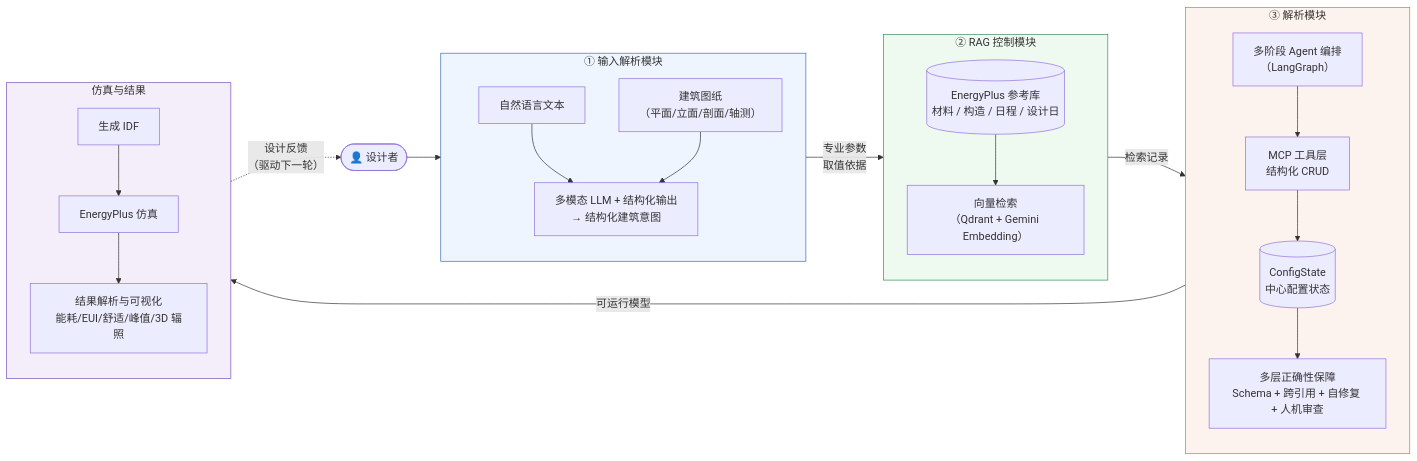
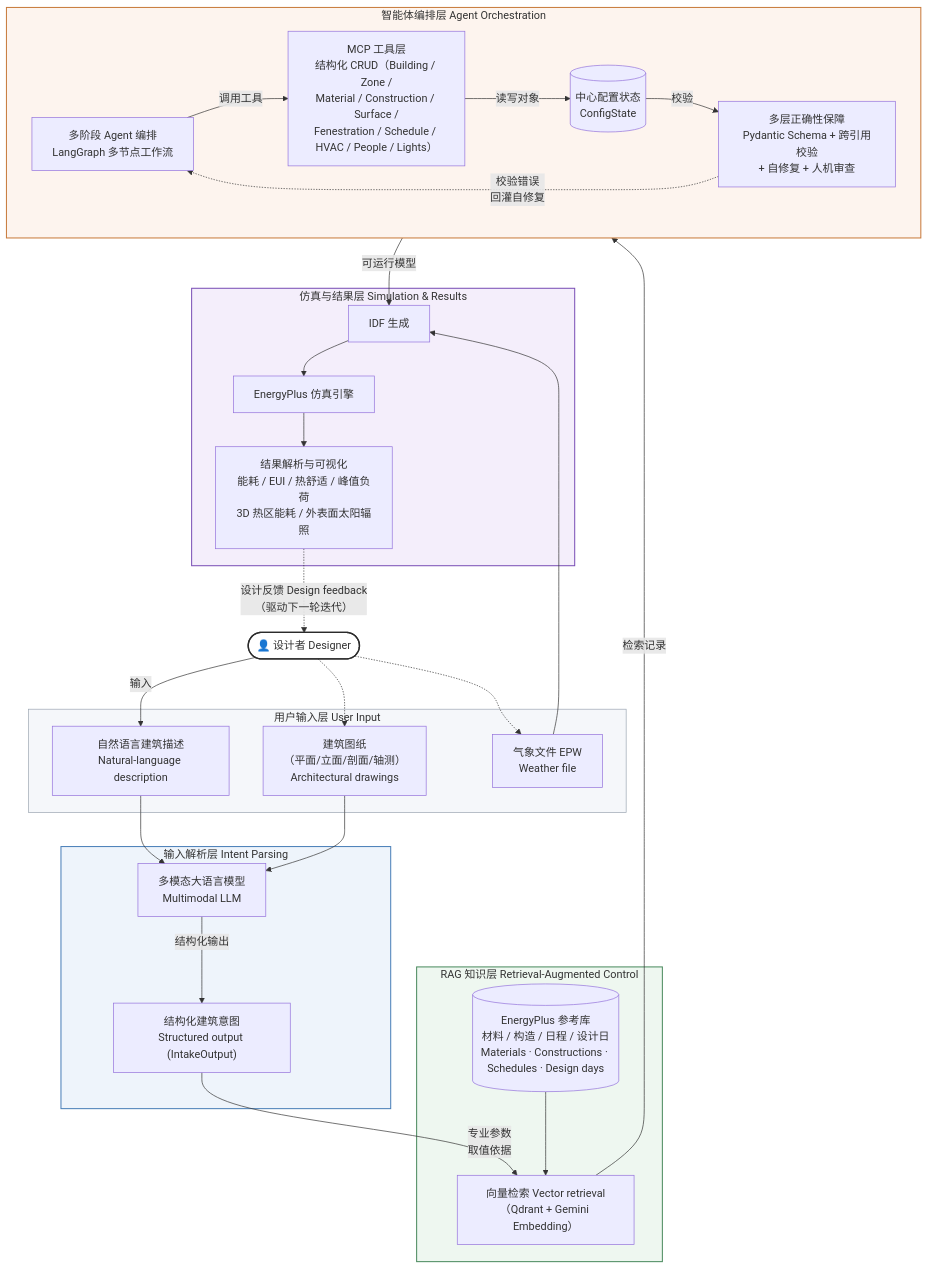
Before and after one commit to Zh-U-hB/EnergyPlus-Agent-1: the first of 2 diagrams in paper/EnergyPlus-Agent_论文主文档.md, drawn with Mermaid. The commit also changed other lines of this file, not shown here.

Commit message:
docs(paper): redesign Figure 1 as layered academic architecture
Rebuild the overall-architecture diagram in the layered style of the
reference figure (top-to-bottom full-width bands with soft fills, header
labels, labeled solid main-flow arrows + dashed feedback loops, a distinct
designer node). Replaces the old left-to-right four-module layout.

Layers: Designer -> L1 User Input (text/drawings/EPW) -> L2 Intent Parsing
(multimodal LLM + IntakeOutput) -> L3 RAG Control (reference library +
vector retrieval) -> L4 Agent Orchestration (LangGraph + MCP tool layer +
ConfigState + multi-layer validation) -> L5 Simulation & Results (IDF ->
EnergyPlus -> result parsing). Dashed feedback returns results to the
designer and routes validation errors back for self-repair.

````diff
--- a/paper/EnergyPlus-Agent_论文主文档.md
+++ b/paper/EnergyPlus-Agent_论文主文档.md
@@ -105,46 +105,69 @@
 ```mermaid
-flowchart LR
-    subgraph IN ["① 输入解析模块"]
-        direction TB
-        TXT["自然语言文本"]
-        IMG["建筑图纸<br/>（平面/立面/剖面/轴测）"]
-        INT["多模态 LLM + 结构化输出<br/>→ 结构化建筑意图"]
-        TXT --> INT
-        IMG --> INT
+flowchart TB
+    %% ============ 顶层：设计者 ============
+    DES(["👤 设计者 Designer"])
+
+    %% ============ L1 用户输入层 ============
+    subgraph L1 ["用户输入层  User Input"]
+        TXT["自然语言建筑描述<br/>Natural-language description"]
+        IMG["建筑图纸<br/>（平面/立面/剖面/轴测）<br/>Architectural drawings"]
+        EPW["气象文件 EPW<br/>Weather file"]
     end
 
-    subgraph RAG ["② RAG 控制模块"]
-        direction TB
-        REF[("EnergyPlus 参考库<br/>材料 / 构造 / 日程 / 设计日")]
-        SRCH["向量检索<br/>（Qdrant + Gemini Embedding）"]
+    %% ============ L2 输入解析层 ============
+    subgraph L2 ["输入解析层  Intent Parsing"]
+        INT["多模态大语言模型<br/>Multimodal LLM"]
+        IO["结构化建筑意图<br/>Structured output (IntakeOutput)"]
+        INT -->|"结构化输出"| IO
+    end
+
+    %% ============ L3 RAG 知识层 ============
+    subgraph L3 ["RAG 知识层  Retrieval-Augmented Control"]
+        REF[("EnergyPlus 参考库<br/>材料 / 构造 / 日程 / 设计日<br/>Materials · Constructions · Schedules · Design days")]
+        SRCH["向量检索 Vector retrieval<br/>（Qdrant + Gemini Embedding）"]
         REF --> SRCH
     end
 
-    subgraph PARSE ["③ 解析模块"]
-        direction TB
-        WF["多阶段 Agent 编排<br/>（LangGraph）"]
-        MCP["MCP 工具层<br/>结构化 CRUD"]
-        CS[("ConfigState<br/>中心配置状态")]
-        VAL["多层正确性保障<br/>Schema + 跨引用 + 自修复 + 人机审查"]
-        WF --> MCP --> CS --> VAL
+    %% ============ L4 智能体编排层 ============
+    subgraph L4 ["智能体编排层  Agent Orchestration"]
+        direction LR
+        WF["多阶段 Agent 编排<br/>LangGraph 多节点工作流"]
+        MCP["MCP 工具层<br/>结构化 CRUD（Building / Zone /<br/>Material / Construction / Surface /<br/>Fenestration / Schedule / HVAC / People / Lights）"]
+        CS[("中心配置状态<br/>ConfigState")]
+        VAL["多层正确性保障<br/>Pydantic Schema + 跨引用校验<br/>+ 自修复 + 人机审查"]
+        WF -->|"调用工具"| MCP
+        MCP -->|"读写对象"| CS
+        CS -->|"校验"| VAL
     end
 
-    subgraph SIM ["仿真与结果"]
-        direction TB
-        IDF["生成 IDF"]
-        EP["EnergyPlus 仿真"]
-        ANZ["结果解析与可视化<br/>能耗/EUI/舒适/峰值/3D 辐照"]
+    %% ============ L5 仿真与结果层 ============
+    subgraph L5 ["仿真与结果层  Simulation & Results"]
+        IDF["IDF 生成"]
+        EP["EnergyPlus 仿真引擎"]
+        ANZ["结果解析与可视化<br/>能耗 / EUI / 热舒适 / 峰值负荷<br/>3D 热区能耗 / 外表面太阳辐照"]
         IDF --> EP --> ANZ
     end
 
-    DES(["👤 设计者"]) --> IN
-    INT -- "专业参数<br/>取值依据" --> SRCH
-    SRCH -- "检索记录" --> WF
-    VAL -- "可运行模型" --> IDF
-    ANZ -. "设计反馈<br/>（驱动下一轮）" .-> DES
+    %% ============ 主数据流（实线） ============
+    DES -->|"输入"| TXT
+    DES -.-> IMG
+    DES -.-> EPW
+    TXT --> INT
+    IMG --> INT
+    EPW --> IDF
+    IO -->|"专业参数<br/>取值依据"| SRCH
+    SRCH -->|"检索记录"| WF
+    VAL -->|"可运行模型"| IDF
 
-    style IN fill:#eef5ff,stroke:#3b6fb6
-    style RAG fill:#eef9f0,stroke:#3b8b5a
-    style PARSE fill:#fdf3ee,stroke:#c87a3b
-    style SIM fill:#f4eefb,stroke:#7a4fb6
+    %% ============ 反馈回路（虚线） ============
+    ANZ -.->|"设计反馈 Design feedback<br/>（驱动下一轮迭代）"| DES
+    VAL -.->|"校验错误<br/>回灌自修复"| WF
+
+    %% ============ 分层着色（浅色背板，对齐论文风格） ============
+    style L1 fill:#f5f7fa,stroke:#9aa5b1,stroke-width:1px
+    style L2 fill:#eef4fb,stroke:#4a7fb8,stroke-width:1.5px
+    style L3 fill:#eef7f0,stroke:#4a8a5e,stroke-width:1.5px
+    style L4 fill:#fdf4ee,stroke:#c87a3b,stroke-width:1.5px
+    style L5 fill:#f4eefb,stroke:#7a4fb6,stroke-width:1.5px
+    style DES fill:#ffffff,stroke:#2b2b2b,stroke-width:2px
 ```
````
